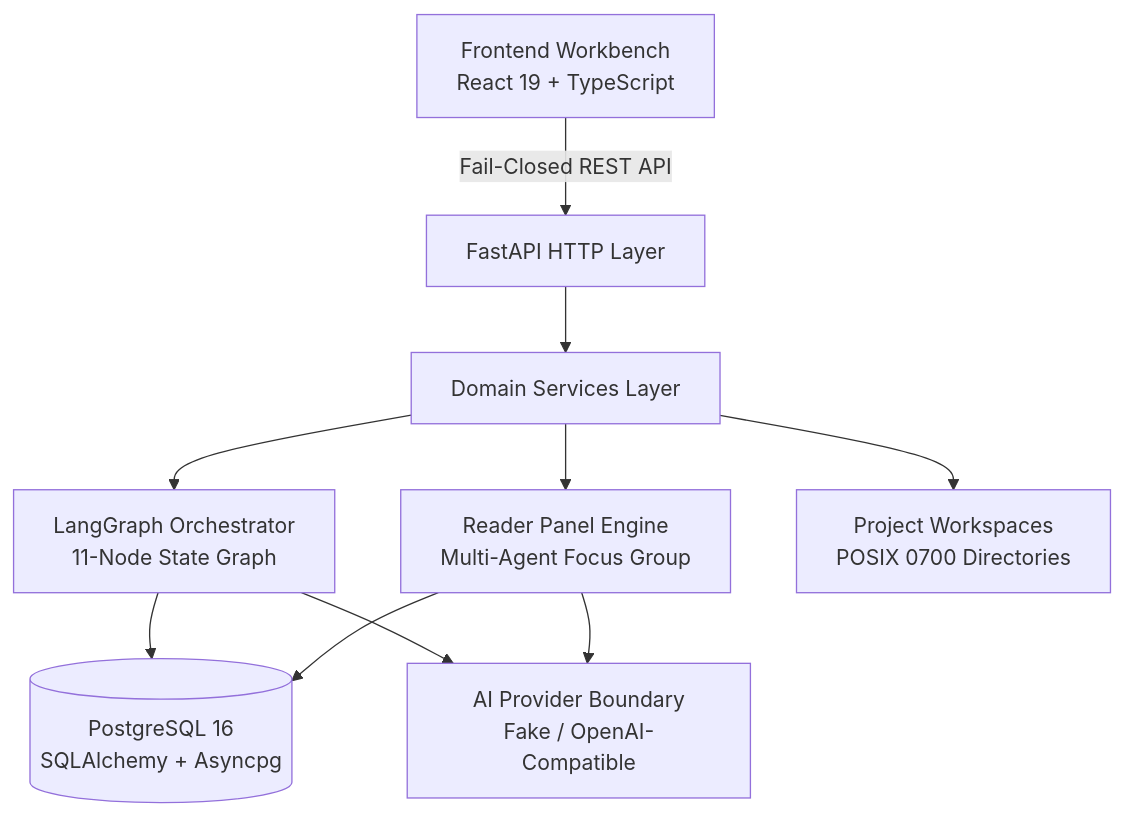
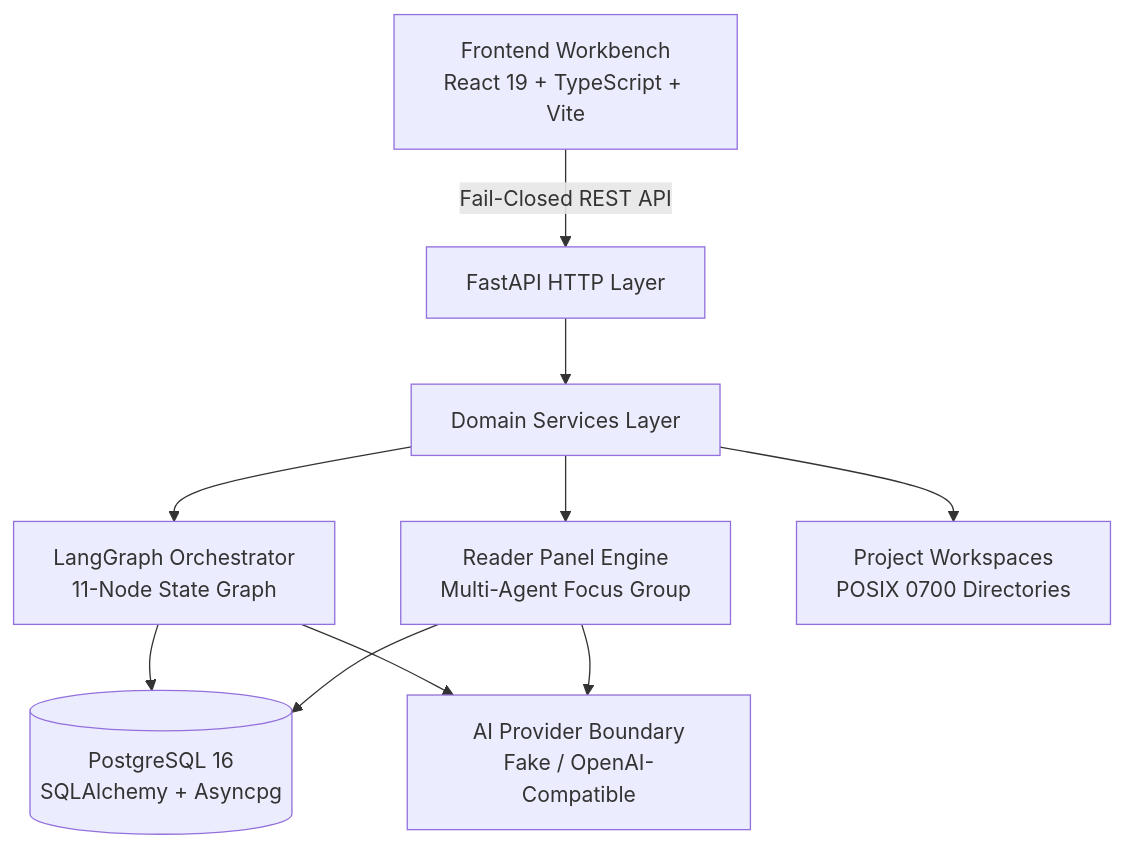
One commit to WastonGura/GuraNovel changed the first of 2 diagrams in README.md. Above: the diagram before and after it, drawn with Mermaid. The commit also changed other lines of this file and 5 other files, not shown here.

````diff
--- a/README.md
+++ b/README.md
@@ -32,12 +43,12 @@
 ```mermaid
 graph TD
-    UI[Frontend Workbench<br/>React 19 + TypeScript] -->|Fail-Closed REST API| API[FastAPI HTTP Layer]
+    UI[Frontend Workbench<br/>React 19 + TypeScript + Vite] -->|Fail-Closed REST API| API[FastAPI HTTP Layer]
     API --> SVC[Domain Services Layer]
     SVC --> LG[LangGraph Orchestrator<br/>11-Node State Graph]
     SVC --> RP[Reader Panel Engine<br/>Multi-Agent Focus Group]
     LG --> DB[(PostgreSQL 16<br/>SQLAlchemy + Asyncpg)]
     RP --> DB
     SVC --> FS[Project Workspaces<br/>POSIX 0700 Directories]
     LG --> LLM[AI Provider Boundary<br/>Fake / OpenAI-Compatible]
     RP --> LLM
 ```
````
